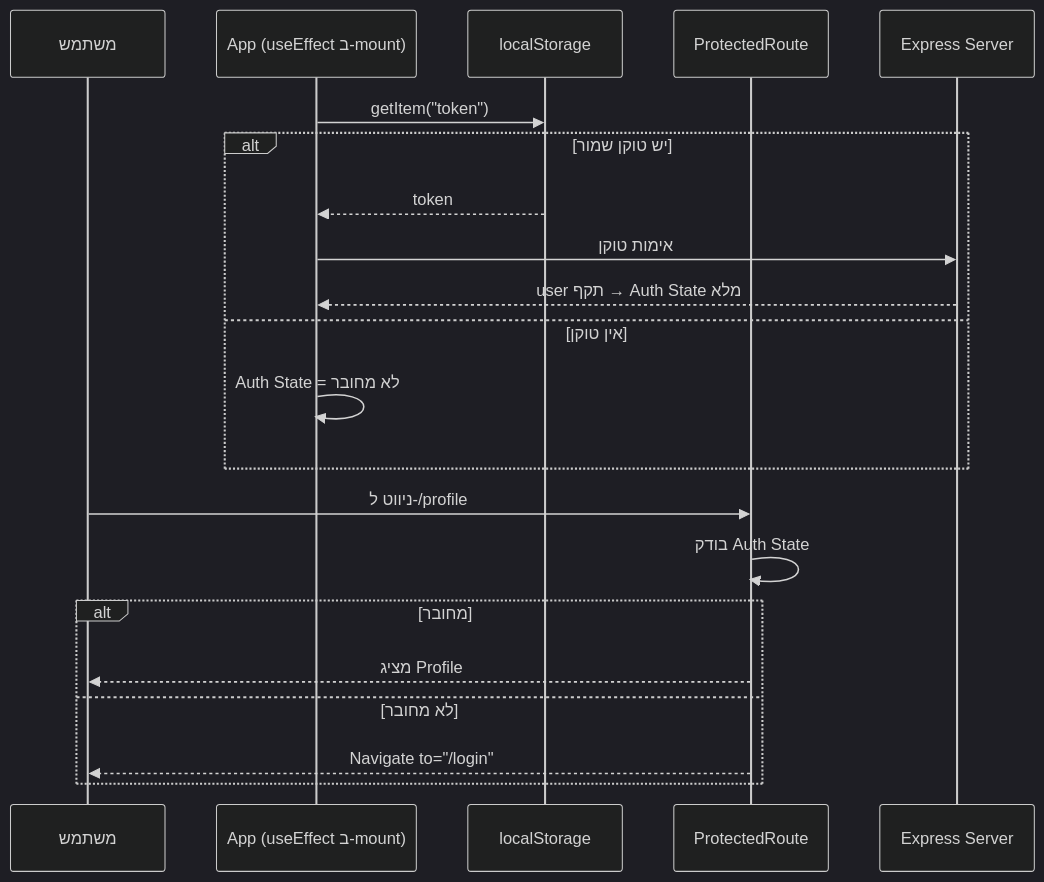
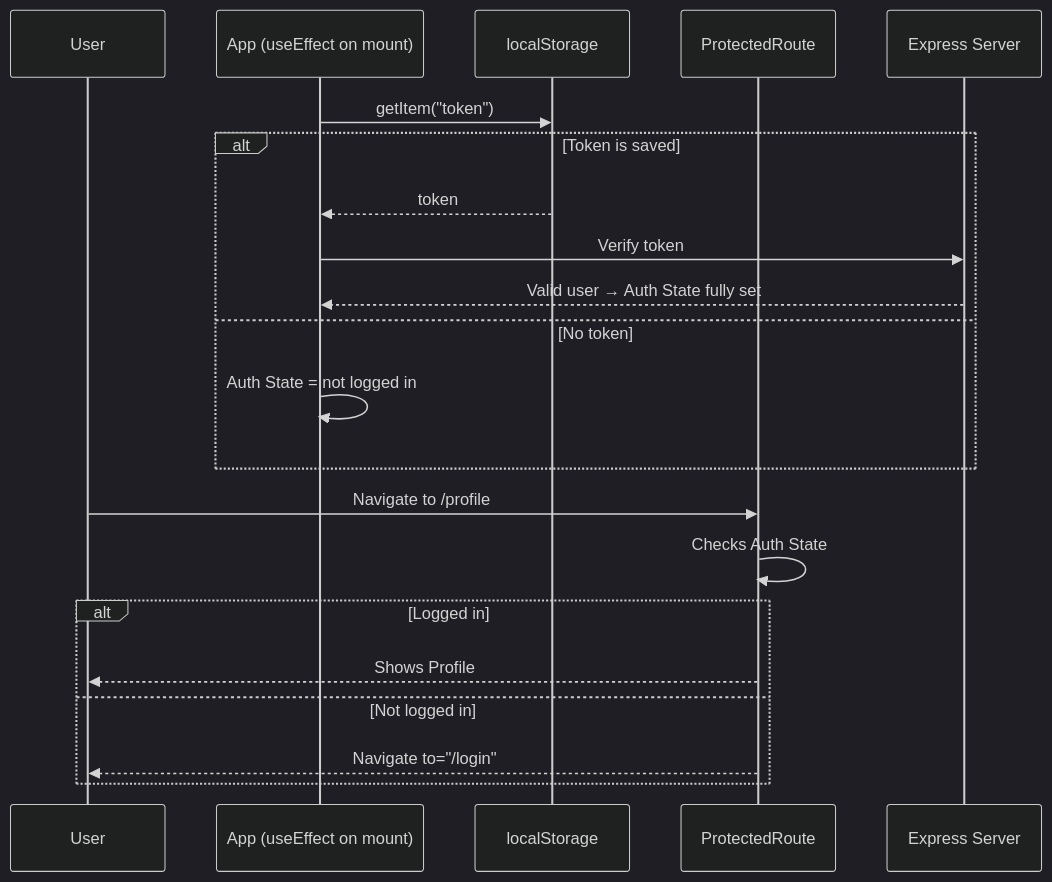
One commit to neriyaMalachi/FullStack_kodkode_5 changed the diagram in content/docs/react-server/103-auth-flow-content.md. Above: the diagram before and after it, drawn with Mermaid (dark theme). The commit also changed other lines of this file and 117 other files, not shown here.

````diff
--- a/content/docs/react-server/103-auth-flow-content.md
+++ b/content/docs/react-server/103-auth-flow-content.md
@@ -48,24 +48,24 @@
 ```mermaid
 sequenceDiagram
-    participant U as משתמש
-    participant App as App (useEffect ב-mount)
+    participant U as User
+    participant App as App (useEffect on mount)
     participant LS as localStorage
     participant PR as ProtectedRoute
     participant Srv as Express Server
 
     App->>LS: getItem("token")
-    alt יש טוקן שמור
+    alt Token is saved
         LS-->>App: token
-        App->>Srv: אימות טוקן
-        Srv-->>App: user תקף → Auth State מלא
-    else אין טוקן
-        App->>App: Auth State = לא מחובר
+        App->>Srv: Verify token
+        Srv-->>App: Valid user → Auth State fully set
+    else No token
+        App->>App: Auth State = not logged in
     end
-    U->>PR: ניווט ל-/profile
-    PR->>PR: בודק Auth State
-    alt מחובר
-        PR-->>U: מציג Profile
-    else לא מחובר
+    U->>PR: Navigate to /profile
+    PR->>PR: Checks Auth State
+    alt Logged in
+        PR-->>U: Shows Profile
+    else Not logged in
         PR-->>U: Navigate to="/login"
     end
 ```
````
